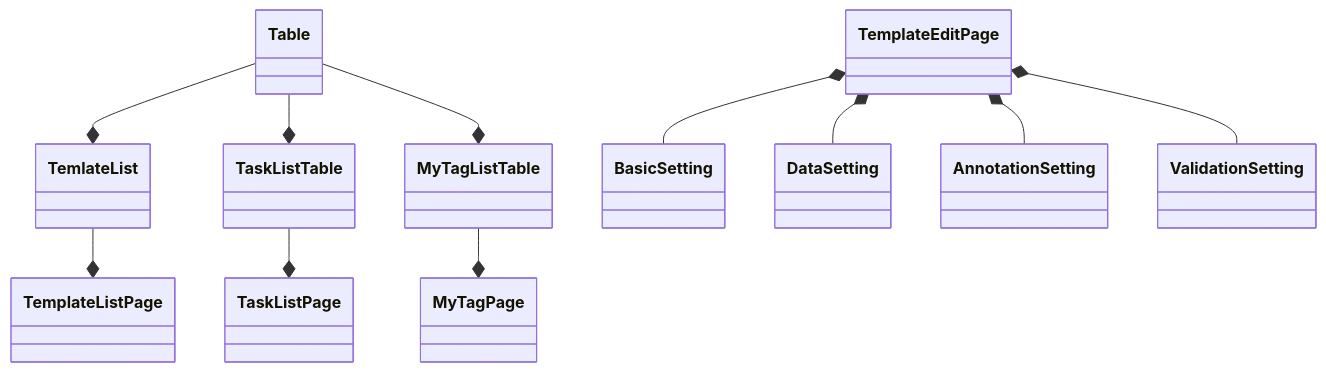
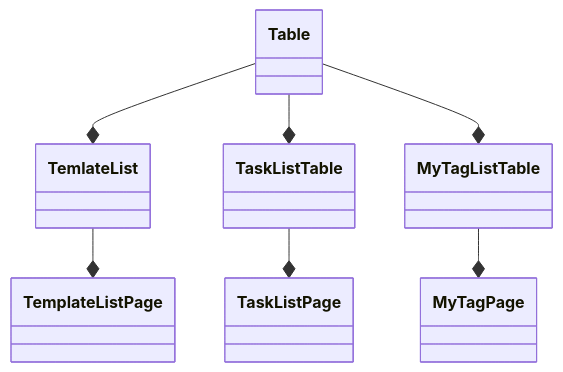
One commit to shuangquanhuang/drawio changed the first of 2 diagrams in diagram.md. Above: the diagram before and after it, drawn with Mermaid. The commit also changed other lines of this file and 1 other file, not shown here.

````diff
--- a/diagram.md
+++ b/diagram.md
@@ -5,23 +1,17 @@
 ```mermaid
 classDiagram
 
 
 
 
 TemlateList --* TemplateListPage
 Table --* TemlateList
 
 TaskListTable --* TaskListPage
 Table --* TaskListTable
 
 MyTagListTable --* MyTagPage
 Table --* MyTagListTable
 
 
-TemplateEditPage *-- BasicSetting
-TemplateEditPage *-- DataSetting
-TemplateEditPage *-- AnnotationSetting
-TemplateEditPage *-- ValidationSetting
-
-
 ```
````
